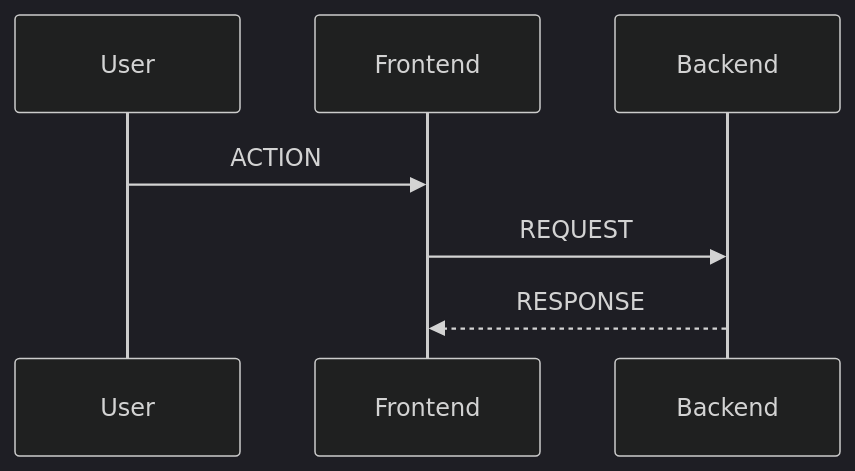
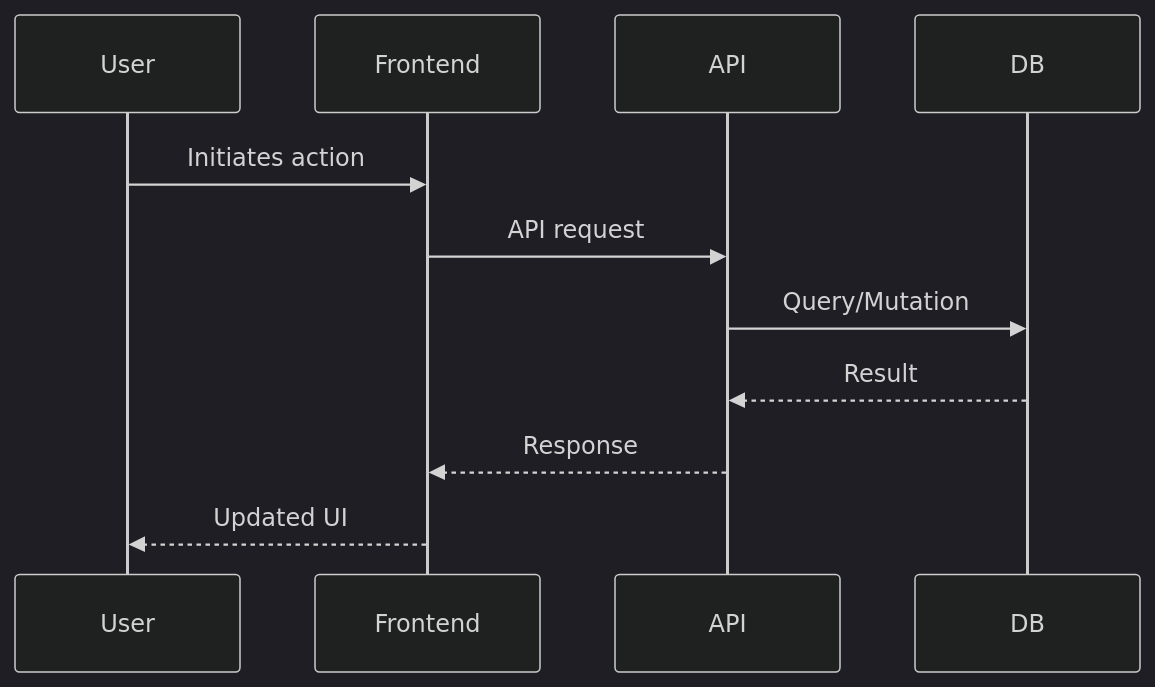
The third of 4 diagrams in case-studies/template.mdx (devweekends/docs), drawn with Mermaid (dark theme) before and after one commit. The commit also changed other lines of this file and 33 other files, not shown here.

````diff
--- a/case-studies/template.mdx
+++ b/case-studies/template.mdx
@@ -58,9 +161,14 @@
 ```mermaid
 sequenceDiagram
-  participant User
-  participant Frontend
-  participant Backend
-  User->>Frontend: ACTION
-  Frontend->>Backend: REQUEST
-  Backend-->>Frontend: RESPONSE
+    participant User
+    participant Frontend
+    participant API
+    participant DB
+    
+    User->>Frontend: Initiates action
+    Frontend->>API: API request
+    API->>DB: Query/Mutation
+    DB-->>API: Result
+    API-->>Frontend: Response
+    Frontend-->>User: Updated UI
 ```
````
